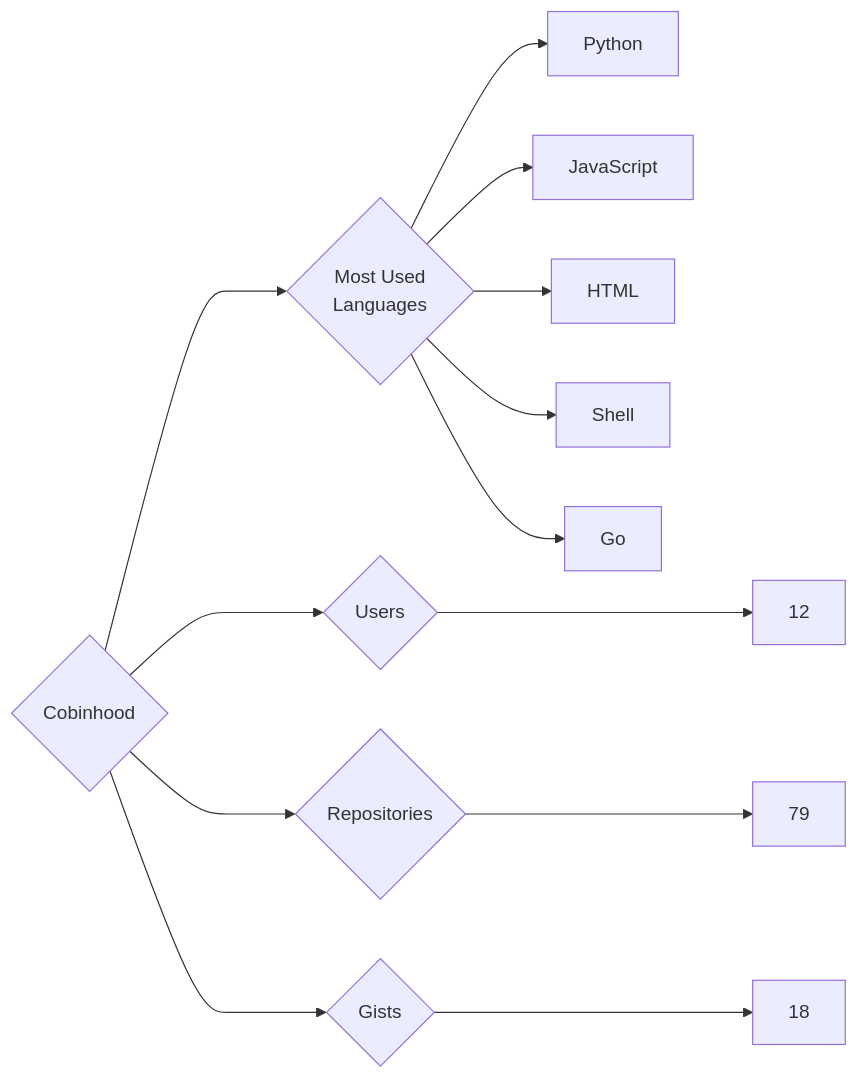
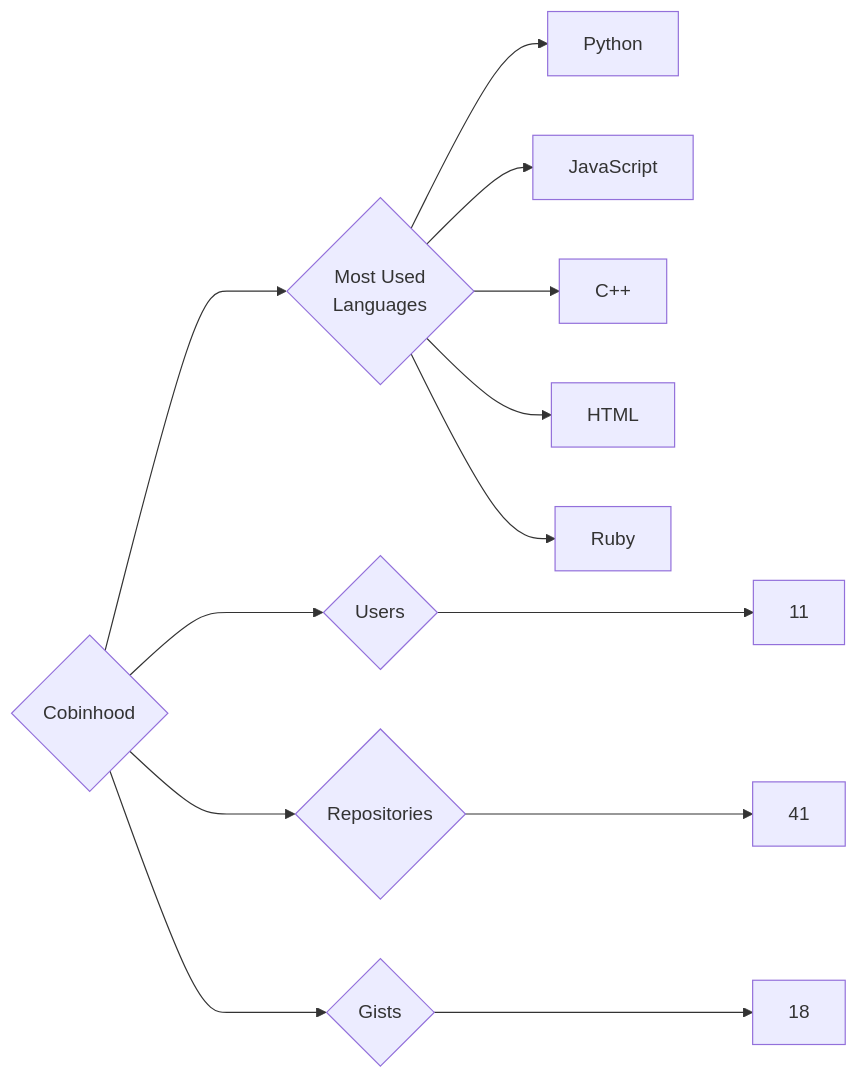
One commit to trickest/insiders changed the diagram in targets/Cobinhood/README.md. Above: the diagram before and after it, drawn with Mermaid. The commit also changed 840 other files, not shown here.

````diff
--- a/targets/Cobinhood/README.md
+++ b/targets/Cobinhood/README.md
@@ -3,13 +3,13 @@
 ```mermaid
 graph LR
 COMPANY_NAME{Cobinhood}
-COMPANY_NAME ---> U{Users} ---> UN[12]
-COMPANY_NAME ---> R{Repositories} ---> RN[79]
+COMPANY_NAME ---> U{Users} ---> UN[11]
+COMPANY_NAME ---> R{Repositories} ---> RN[41]
 COMPANY_NAME ---> G{Gists} ---> GN[18]
 COMPANY_NAME ---> ML{Most Used<br>Languages}
 ML --> Python[Python]
 ML --> JavaScript[JavaScript]
+ML --> C++[C++]
 ML --> HTML[HTML]
-ML --> Shell[Shell]
-ML --> Go[Go]
+ML --> Ruby[Ruby]
 ```
````
